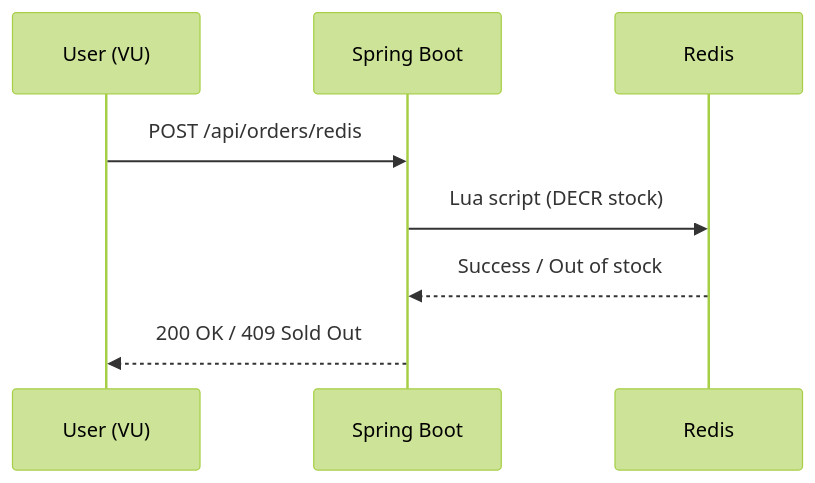
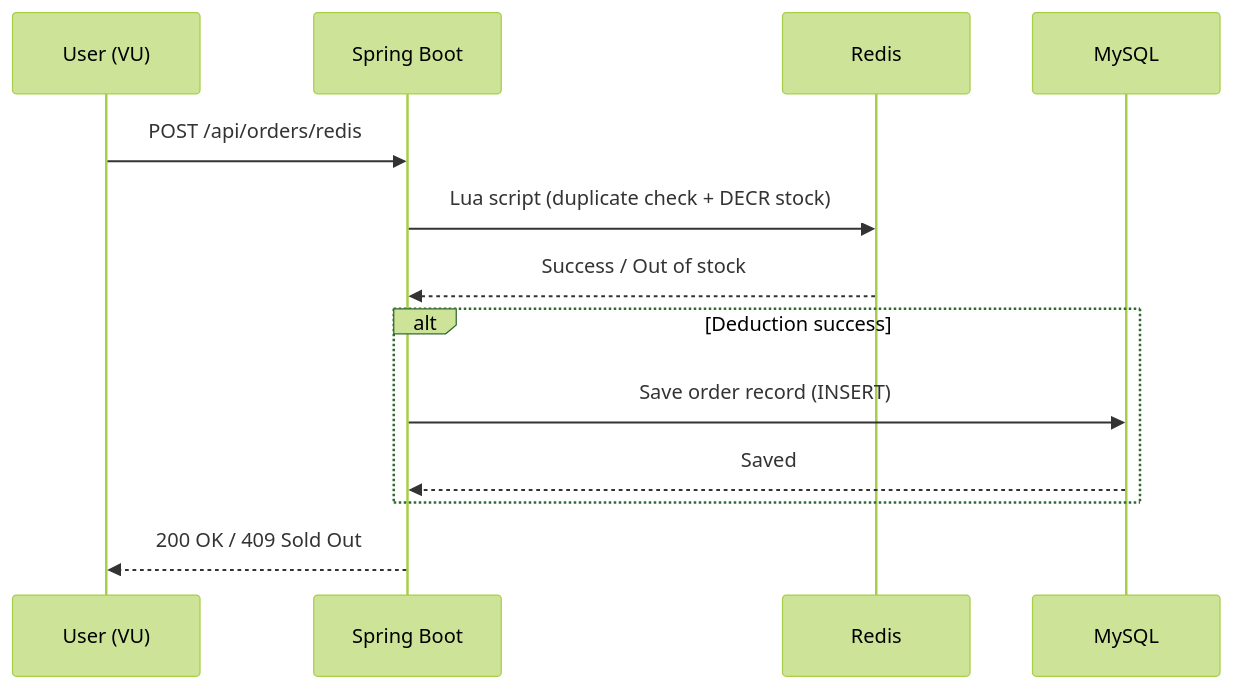
One commit to rhcwlq89/rhcwlq89.github.io changed the second of 4 diagrams in src/content/blog/en/fcfs-load-test-comparison.md. Above: the diagram before and after it, drawn with Mermaid (forest theme). The commit also changed other lines of this file and 1 other file, not shown here.

Commit message:
fix: 8편 Redis 시퀀스 다이어그램에 DB 저장 단계 추가 (한/영)

````diff
--- a/src/content/blog/en/fcfs-load-test-comparison.md
+++ b/src/content/blog/en/fcfs-load-test-comparison.md
@@ -143,11 +143,16 @@
 ```mermaid
 sequenceDiagram
     participant U as User (VU)
     participant A as Spring Boot
     participant R as Redis
+    participant DB as MySQL
 
     U->>A: POST /api/orders/redis
-    A->>R: Lua script (DECR stock)
+    A->>R: Lua script (duplicate check + DECR stock)
     R-->>A: Success / Out of stock
+    alt Deduction success
+        A->>DB: Save order record (INSERT)
+        DB-->>A: Saved
+    end
     A-->>U: 200 OK / 409 Sold Out
 ```
````
